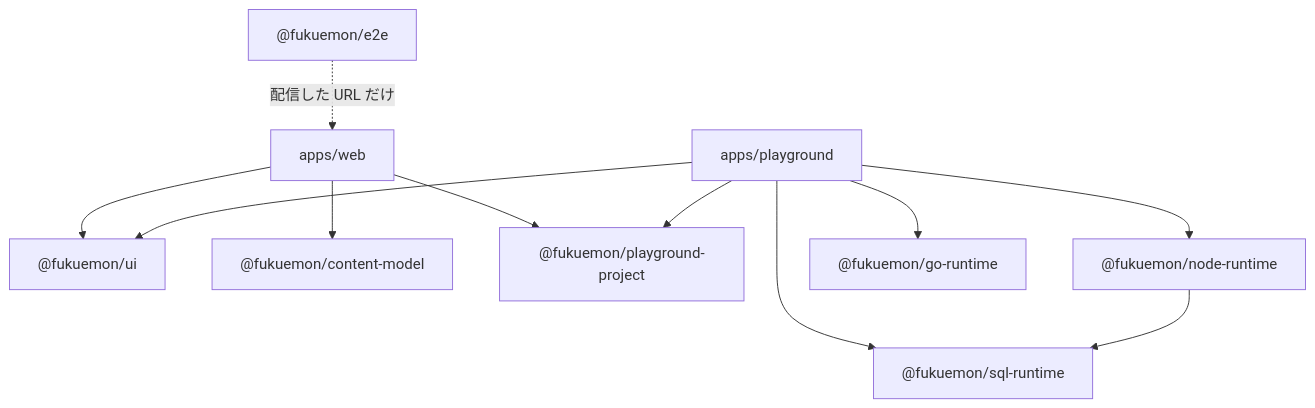
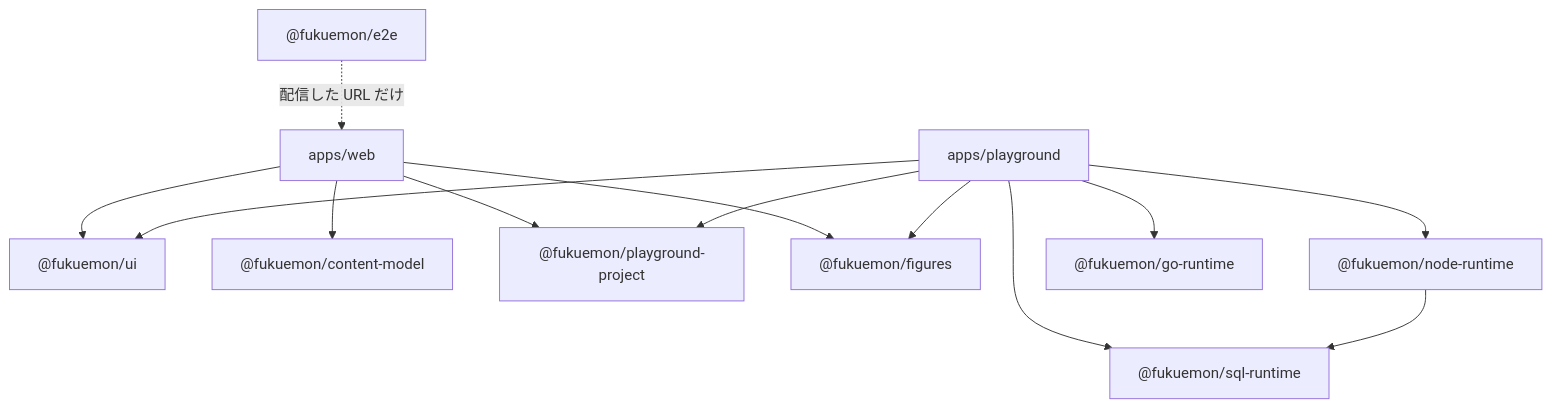
Before and after one commit to Fukuemon/fukuemon.dev: the second of 2 diagrams in docs/design/DesignDoc.md, drawn with Mermaid. The commit also changed other lines of this file and 5 other files, not shown here.

First line of the commit message:
docs(design): 記事の図の名前の規則を package に置く #105

````diff
--- a/docs/design/DesignDoc.md
+++ b/docs/design/DesignDoc.md
@@ -121,13 +122,15 @@
 ```mermaid
 flowchart TD
     web["apps/web"] --> ui["@fukuemon/ui"]
     play["apps/playground"] --> ui
     web --> cm["@fukuemon/content-model"]
     web --> pp["@fukuemon/playground-project"]
     play --> pp
+    web --> fig["@fukuemon/figures"]
+    play --> fig
     play --> sqlrt["@fukuemon/sql-runtime"]
     play --> nodert["@fukuemon/node-runtime"]
     play --> gort["@fukuemon/go-runtime"]
     nodert --> sqlrt
     e2e["@fukuemon/e2e"] -. "配信した URL だけ" .-> web
 ```
````
